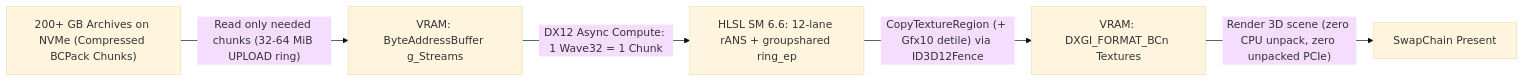
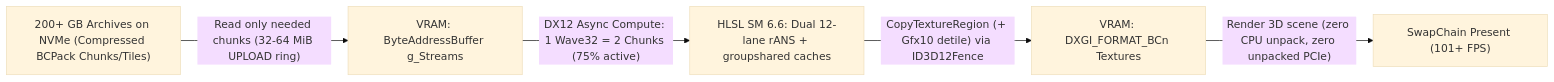
One commit to POMXARK/bcpack-gpu-hlsl changed the diagram in README.md. Above: the diagram before and after it, drawn with Mermaid (base theme). The commit also changed other lines of this file and 19 other files, not shown here.

Commit message:
feat(v0.2.0): Dual-Chunk Wave32 decoder (9.88 GB/s, 101 FPS) + Coastal Highway 3D game scene

````diff
--- a/README.md
+++ b/README.md
@@ -70,7 +63,7 @@
 ```mermaid
 flowchart LR
-    SSD["200+ GB Archives on NVMe (Compressed BCPack Chunks)"] -->|"Read only needed chunks (32-64 MiB UPLOAD ring)"| GPU_IN["VRAM: ByteAddressBuffer g_Streams"]
-    GPU_IN -->|"DX12 Async Compute: 1 Wave32 = 1 Chunk"| SHADER["HLSL SM 6.6: 12-lane rANS + groupshared ring_ep"]
+    SSD["200+ GB Archives on NVMe (Compressed BCPack Chunks/Tiles)"] -->|"Read only needed chunks (32-64 MiB UPLOAD ring)"| GPU_IN["VRAM: ByteAddressBuffer g_Streams"]
+    GPU_IN -->|"DX12 Async Compute: 1 Wave32 = 2 Chunks (75% active)"| SHADER["HLSL SM 6.6: Dual 12-lane rANS + groupshared caches"]
     SHADER -->|"CopyTextureRegion (+ Gfx10 detile) via ID3D12Fence"| TEX["VRAM: DXGI_FORMAT_BCn Textures"]
-    TEX -->|"Render 3D scene (zero CPU unpack, zero unpacked PCIe)"| FRAME["SwapChain Present"]
+    TEX -->|"Render 3D scene (zero CPU unpack, zero unpacked PCIe)"| FRAME["SwapChain Present (101+ FPS)"]
 ```
````
